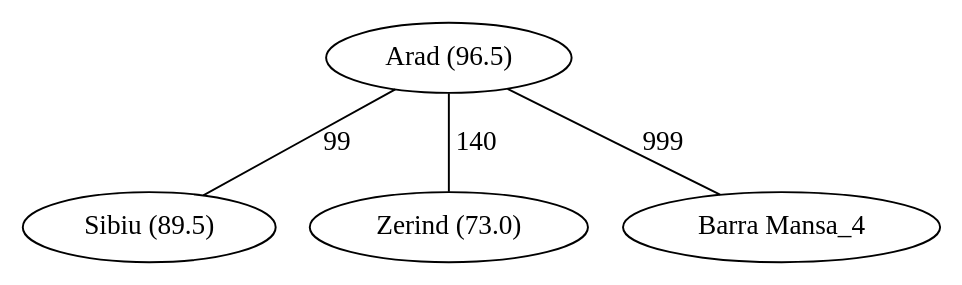
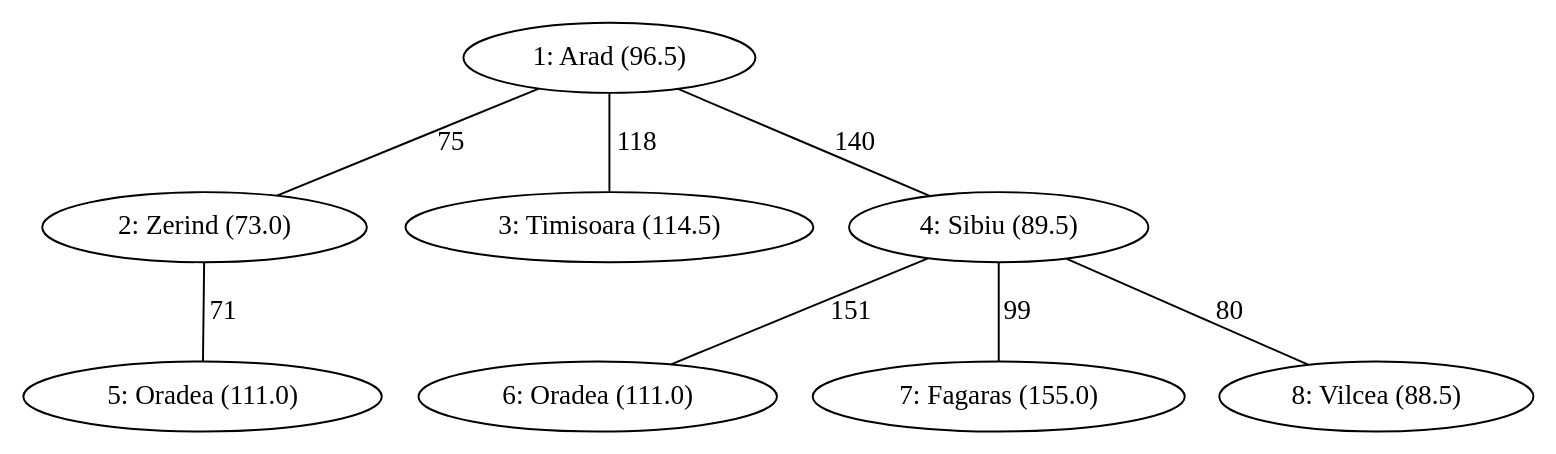
The diagram in trabalho2/teste_arvore.gv (thiago9864/inteligencia_artificial), drawn with Graphviz before and after one commit. The commit also changed 4 other files, not shown here.

```diff
--- a/trabalho2/teste_arvore.gv
+++ b/trabalho2/teste_arvore.gv
@@ -1,5 +1,9 @@
 graph {
-   "Arad (96.5)"--"Sibiu (89.5)" [label=99]
-   "Arad (96.5)"--"Zerind (73.0)" [label=140]
-   "Arad (96.5)"--"Barra Mansa_4" [label=999]
+   "1: Arad (96.5)"--"2: Zerind (73.0)" [label=75]
+   "1: Arad (96.5)"--"3: Timisoara (114.5)" [label=118]
+   "1: Arad (96.5)"--"4: Sibiu (89.5)" [label=140]
+   "2: Zerind (73.0)"--"5: Oradea (111.0)" [label=71]
+   "4: Sibiu (89.5)"--"6: Oradea (111.0)" [label=151]
+   "4: Sibiu (89.5)"--"7: Fagaras (155.0)" [label=99]
+   "4: Sibiu (89.5)"--"8: Vilcea (88.5)" [label=80]
 }
```
